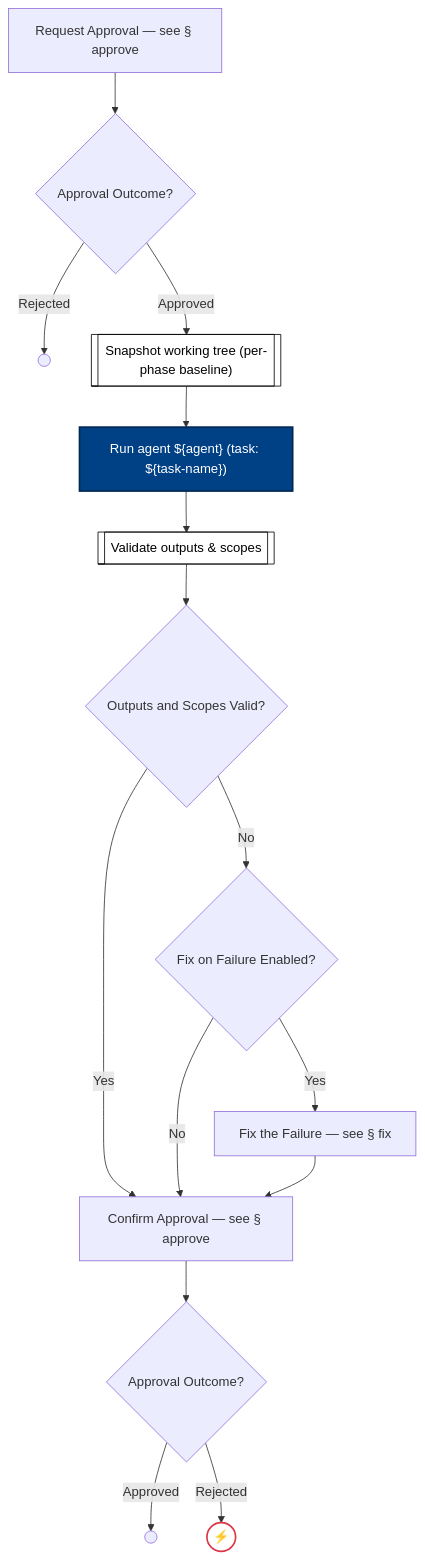
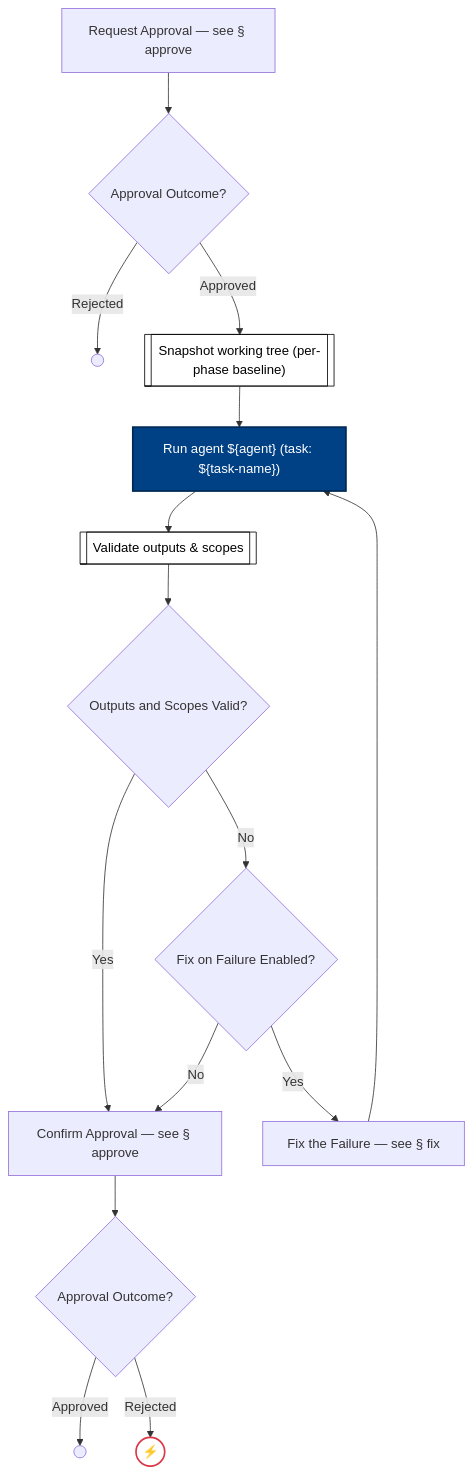
Diagram 47 of 54 in docs/process-diagram.md (optivem/gh-optivem), drawn with Mermaid before and after one commit. The commit also changed other lines of this file and 4 other files, not shown here.

Commit message:
atdd: regenerate process-flow diagram

````diff
--- a/docs/process-diagram.md
+++ b/docs/process-diagram.md
@@ -743,40 +743,40 @@
 ```mermaid
 flowchart TD
     APPROVE_POST[Confirm Approval — see § approve]
     APPROVE_PRE[Request Approval — see § approve]
     EXECUTE_AGENT_END(( ))
     EXECUTE_AGENT_OUTPUT_REJECTED_END((⚡))
     EXECUTE_AGENT_REJECTED_END(( ))
     FIX[Fix the Failure — see § fix]
     GATE_APPROVED_POST{Approval Outcome?}
     GATE_APPROVED_PRE{Approval Outcome?}
     GATE_FIX_ON_FAILURE{Fix on Failure Enabled?}
     GATE_OUTPUTS_AND_SCOPES_VALID{Outputs and Scopes Valid?}
     RUN_AGENT["Run agent ${agent} (task: ${task-name})"]
     SNAPSHOT_WORKING_TREE[["Snapshot working tree (per-phase baseline)"]]
     VALIDATE_OUTPUTS_AND_SCOPES[["Validate outputs & scopes"]]
 
     APPROVE_PRE --> GATE_APPROVED_PRE
     GATE_APPROVED_PRE -- Approved --> SNAPSHOT_WORKING_TREE
     GATE_APPROVED_PRE -- Rejected --> EXECUTE_AGENT_REJECTED_END
     SNAPSHOT_WORKING_TREE --> RUN_AGENT
     RUN_AGENT --> VALIDATE_OUTPUTS_AND_SCOPES
     VALIDATE_OUTPUTS_AND_SCOPES --> GATE_OUTPUTS_AND_SCOPES_VALID
     GATE_OUTPUTS_AND_SCOPES_VALID -- Yes --> APPROVE_POST
     GATE_OUTPUTS_AND_SCOPES_VALID -- No --> GATE_FIX_ON_FAILURE
     GATE_FIX_ON_FAILURE -- Yes --> FIX
     GATE_FIX_ON_FAILURE -- No --> APPROVE_POST
-    FIX --> APPROVE_POST
+    FIX --> RUN_AGENT
     APPROVE_POST --> GATE_APPROVED_POST
     GATE_APPROVED_POST -- Approved --> EXECUTE_AGENT_END
     GATE_APPROVED_POST -- Rejected --> EXECUTE_AGENT_OUTPUT_REJECTED_END
 
     classDef serviceNode fill:#ffffff,stroke:#000000,stroke-width:1px,color:#000000
     class SNAPSHOT_WORKING_TREE,VALIDATE_OUTPUTS_AND_SCOPES serviceNode
 
     classDef agentNode fill:#004085,stroke:#002752,stroke-width:2px,color:#ffffff
     class RUN_AGENT agentNode
 
     classDef errorEndNode fill:#ffffff,stroke:#dc3545,stroke-width:2px,color:#000000
     class EXECUTE_AGENT_OUTPUT_REJECTED_END errorEndNode
 ```
````
